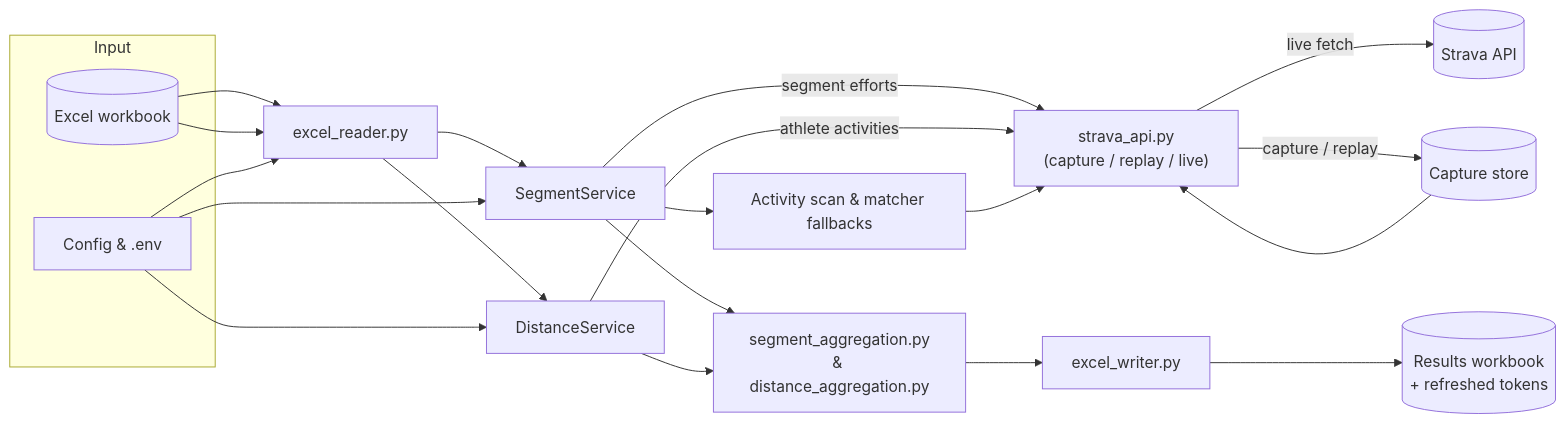
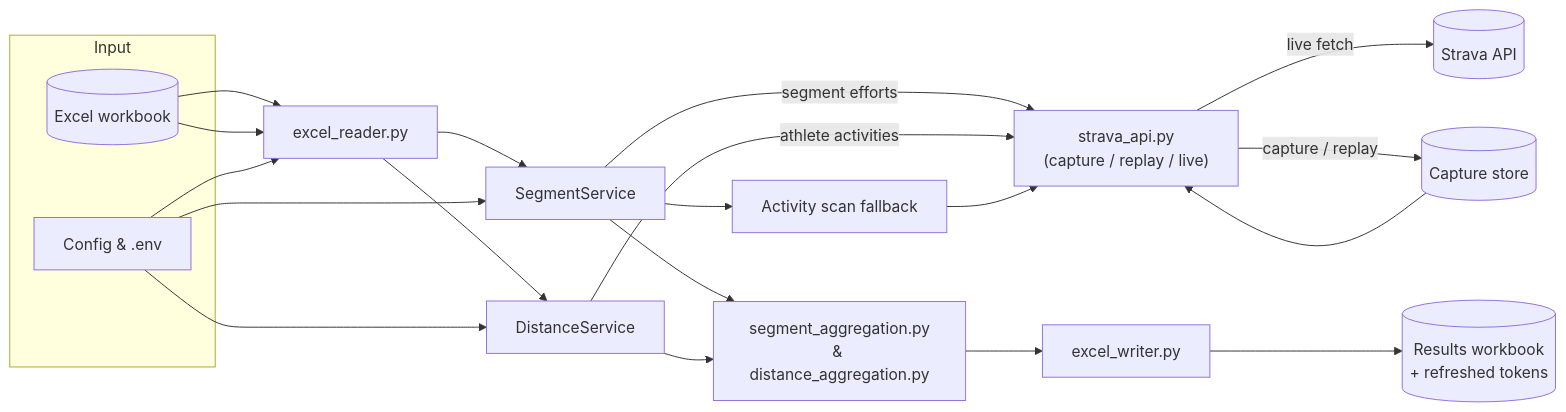
Before and after one commit to nprice0/strava-competition: the diagram in README.md, drawn with Mermaid. The commit also changed other lines of this file and 25 other files, not shown here.

````diff
--- a/README.md
+++ b/README.md
@@ -28,34 +27,34 @@
 ```mermaid
 flowchart LR
   subgraph Input
     Excel[(Excel workbook)]
     Config[Config & .env]
   end
 
   Reader[excel_reader.py]
   SegmentSvc[SegmentService]
   DistanceSvc[DistanceService]
   StravaAPI["strava_api.py<br/>(capture / replay / live)"]
-  ActivityScan[Activity scan & matcher fallbacks]
+  ActivityScan[Activity scan fallback]
   Aggregation["segment_aggregation.py<br/>& distance_aggregation.py"]
   Writer[excel_writer.py]
   Output[("Results workbook<br/>+ refreshed tokens")]
 
   Excel --> Reader --> SegmentSvc
   Excel --> Reader --> DistanceSvc
   Config --> Reader
   Config --> SegmentSvc
   Config --> DistanceSvc
 
   SegmentSvc -->|segment efforts| StravaAPI
   DistanceSvc -->|athlete activities| StravaAPI
   SegmentSvc --> ActivityScan --> StravaAPI
 
   StravaAPI -->|live fetch| StravaCloud[(Strava API)]
   StravaAPI -->|capture / replay| Capture[(Capture store)]
   Capture --> StravaAPI
 
   SegmentSvc --> Aggregation
   DistanceSvc --> Aggregation
   Aggregation --> Writer --> Output
 ```
````
